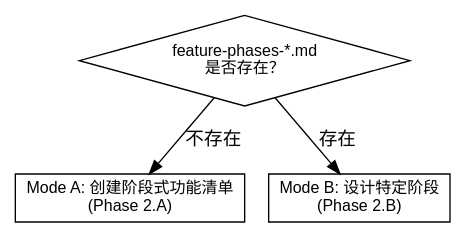
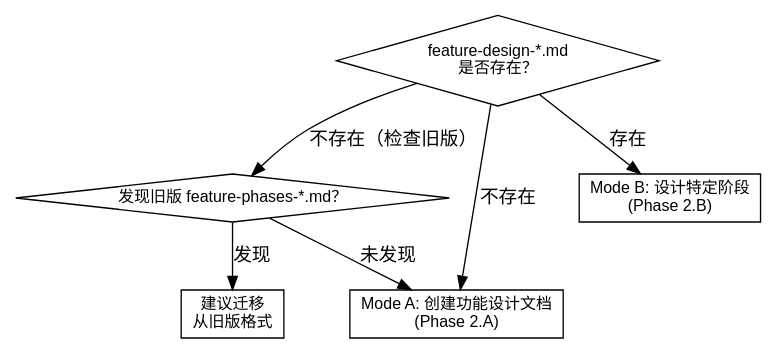
One commit to Yumoxj/vibe-ops changed the second of 2 diagrams in skills-zh/vibe-design/SKILL.md. Above: the diagram before and after it, drawn with Graphviz. The commit also changed other lines of this file and 26 other files, not shown here.

First line of the commit message:
feat: merge feature-phases into feature-design and enforce foundation checks

````diff
--- a/skills-zh/vibe-design/SKILL.md
+++ b/skills-zh/vibe-design/SKILL.md
@@ -83,13 +119,18 @@
 ```dot
 digraph detect_flow {
     rankdir=TB;
     node [fontname="Arial", fontsize=12];
 
-    check [shape=diamond, label="feature-phases-*.md\n是否存在？"];
-    mode_a [shape=box, label="Mode A: 创建阶段式功能清单\n(Phase 2.A)"];
+    check [shape=diamond, label="feature-design-*.md\n是否存在？"];
+    legacy [shape=diamond, label="发现旧版 feature-phases-*.md？"];
+    mode_a [shape=box, label="Mode A: 创建功能设计文档\n(Phase 2.A)"];
     mode_b [shape=box, label="Mode B: 设计特定阶段\n(Phase 2.B)"];
+    migrate [shape=box, label="建议迁移\n从旧版格式"];
 
     check -> mode_a [label="不存在"];
     check -> mode_b [label="存在"];
+    check -> legacy [label="不存在（检查旧版）"];
+    legacy -> migrate [label="发现"];
+    legacy -> mode_a [label="未发现"];
 }
 ```
````
